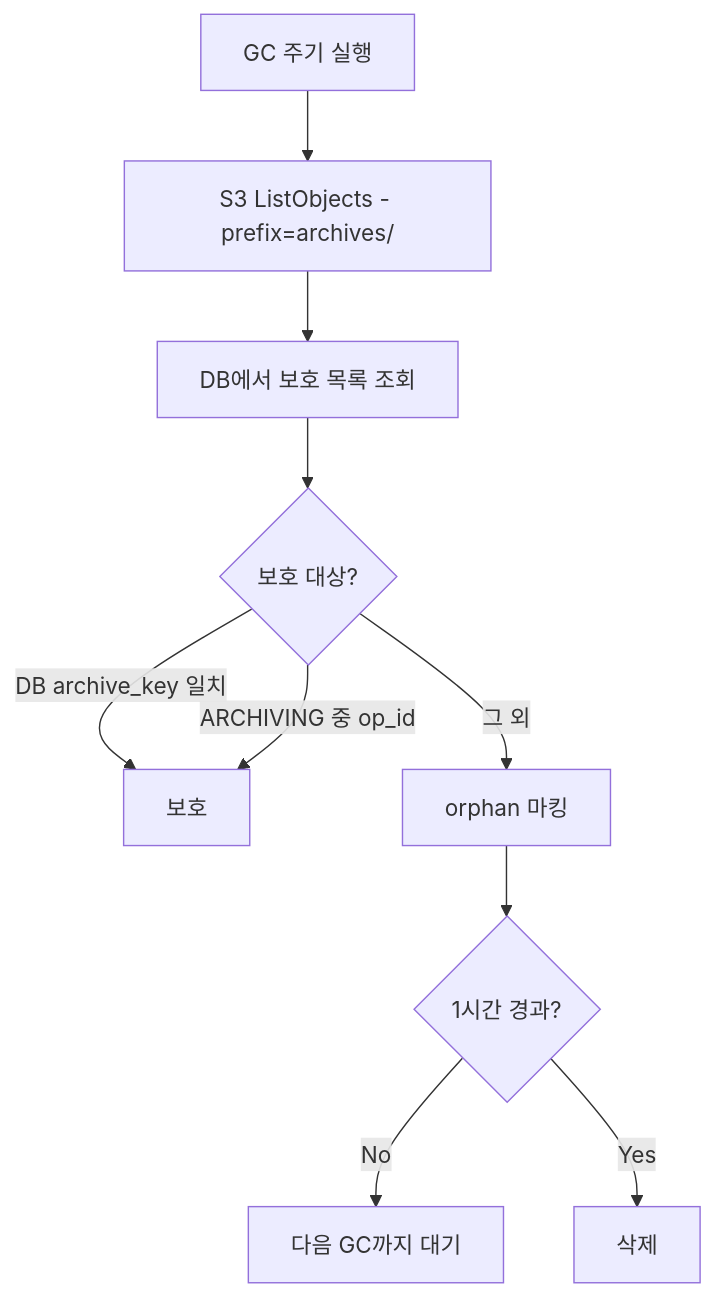
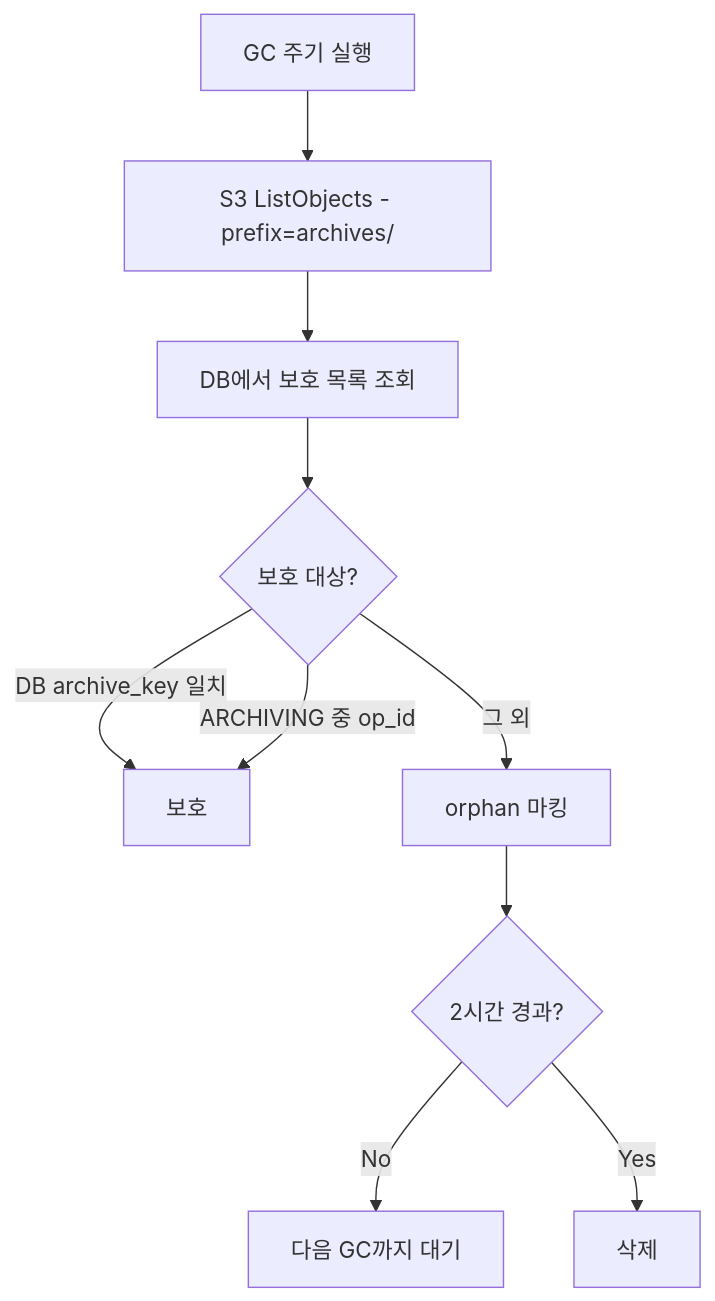
One commit to cagojeiger/code-hub changed the diagram in docs/spec_v2/storage-gc.md. Above: the diagram before and after it, drawn with Mermaid. The commit also changed other lines of this file and 7 other files, not shown here.

````diff
--- a/docs/spec_v2/storage-gc.md
+++ b/docs/spec_v2/storage-gc.md
@@ -71,12 +76,12 @@
 ```mermaid
 flowchart TD
     A[GC 주기 실행] --> B[S3 ListObjects - prefix=archives/]
     B --> C[DB에서 보호 목록 조회]
     C --> D{보호 대상?}
     D -->|DB archive_key 일치| E[보호]
     D -->|ARCHIVING 중 op_id| E
     D -->|그 외| F[orphan 마킹]
-    F --> G{1시간 경과?}
+    F --> G{2시간 경과?}
     G -->|No| H[다음 GC까지 대기]
     G -->|Yes| I[삭제]
 ```
````
